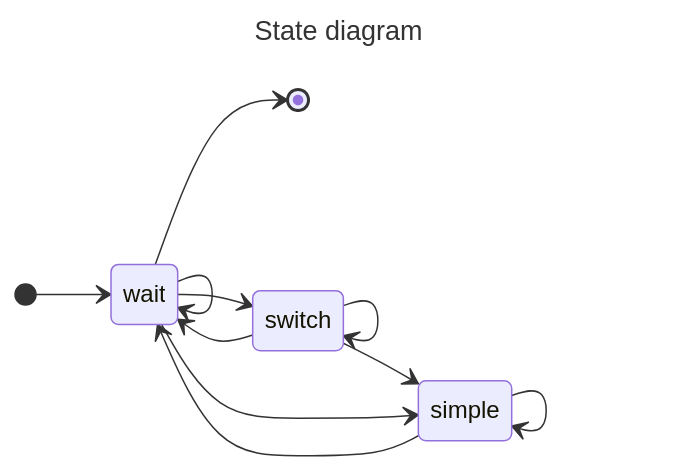
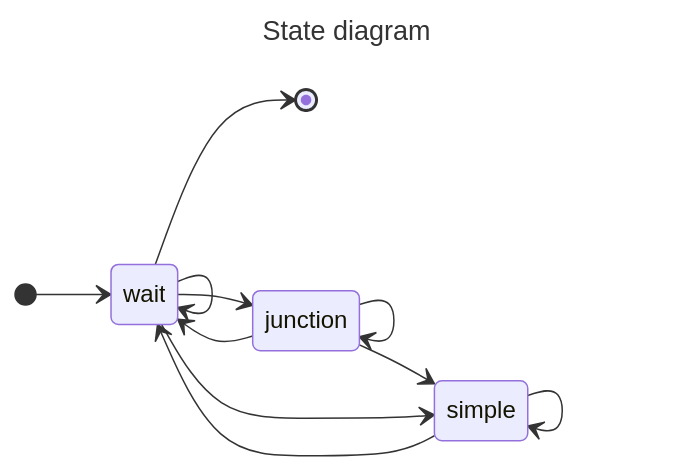
Before and after one commit to krr-up/flatland: the diagram in encodings/v07/README.md, drawn with Mermaid. The commit also changed other lines of this file, not shown here.

````diff
--- a/encodings/v07/README.md
+++ b/encodings/v07/README.md
@@ -30,21 +28,21 @@
 ```mermaid
 ---
 title: State diagram
 ---
 stateDiagram-v2
     direction LR
     [*] --> wait
     wait --> [*]
-    switch --> simple
+    junction --> simple
 
-    switch --> wait
+    junction --> wait
     simple --> wait
 
-    wait --> switch
+    wait --> junction
     wait --> simple
 
 
     wait --> wait
-    switch --> switch
+    junction --> junction
     simple --> simple
 ```
````
